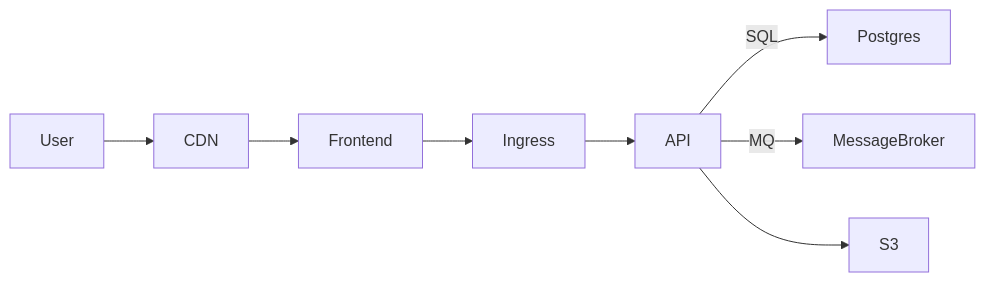
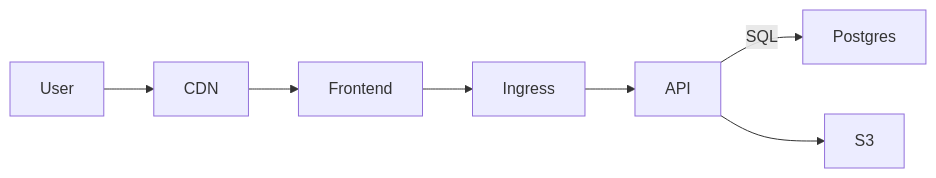
The fifth of 5 diagrams in docs/arc42.md (CM-market/transac), drawn with Mermaid before and after one commit. The commit also changed other lines of this file and 15 other files, not shown here.

````diff
--- a/docs/arc42.md
+++ b/docs/arc42.md
@@ -285,10 +273,9 @@
 ```mermaid
 graph LR
   User --> CDN
   CDN --> Frontend
   Frontend --> Ingress
   Ingress --> API
   API -->|SQL| Postgres
-  API -->|MQ| MessageBroker
   API --> S3
 ```
````
